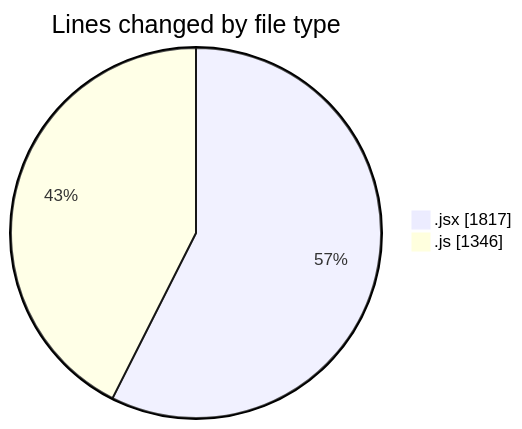
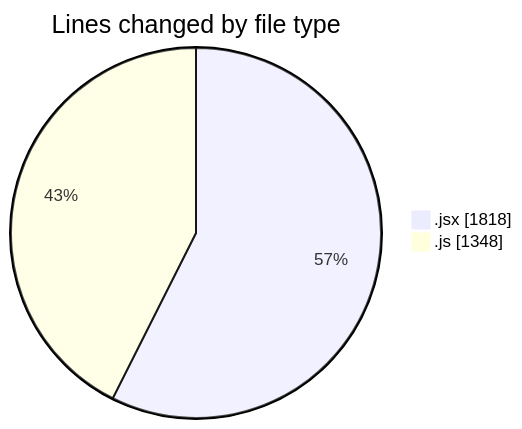
One commit to nxtqubesakshisongat/code-tracking changed the first of 2 diagrams in 2025-08-04/nxtqube_webapp/README.md. Above: the diagram before and after it, drawn with Mermaid. The commit also changed other lines of this file and 1 other file, not shown here.

````diff
--- a/2025-08-04/nxtqube_webapp/README.md
+++ b/2025-08-04/nxtqube_webapp/README.md
@@ -27,6 +27,6 @@
 ```mermaid
 pie showData
 title Lines changed by file type
-".jsx" : 1817
-".js" : 1346
+".jsx" : 1818
+".js" : 1348
 ```
````
